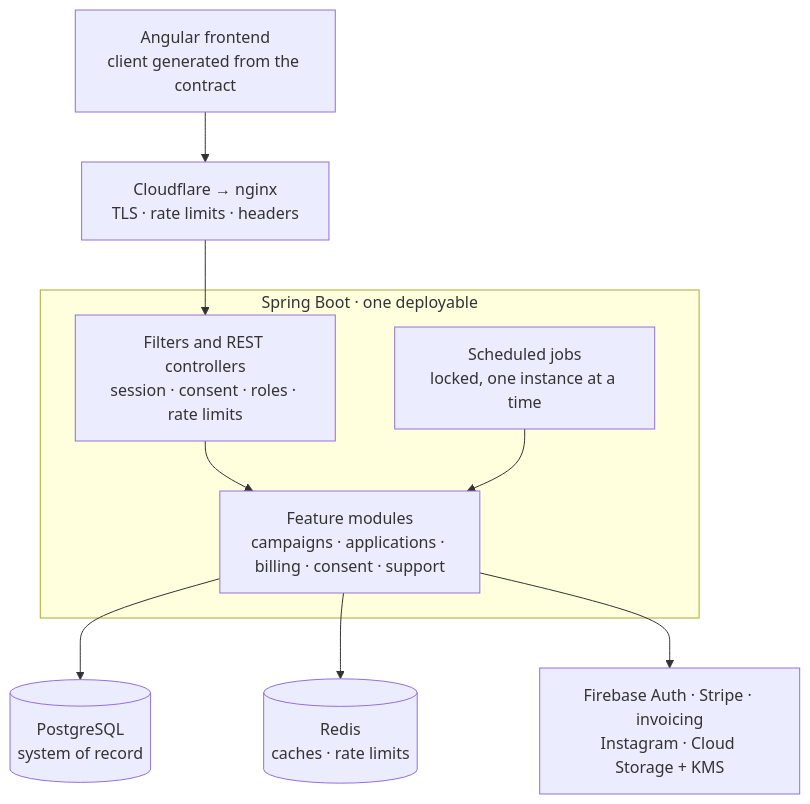
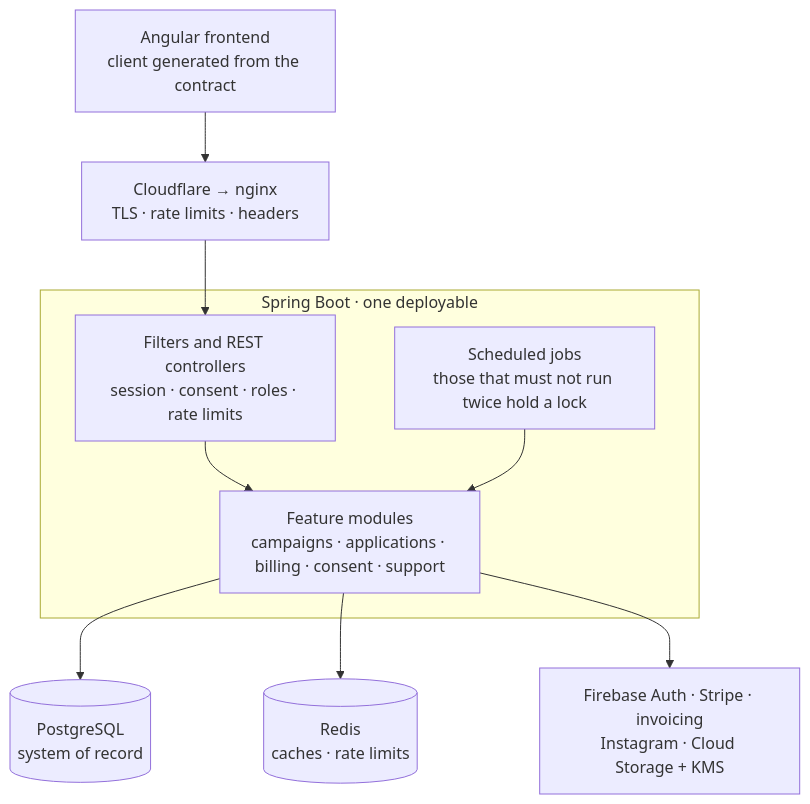
Before and after one commit to Check-It-Out-Dev/checkitout-backend: the diagram in README.md, drawn with Mermaid. The commit also changed other lines of this file and 6 other files, not shown here.

````diff
--- a/README.md
+++ b/README.md
@@ -57,18 +59,18 @@
 ```mermaid
 flowchart TB
     FE["Angular frontend<br/>client generated from the contract"]
     EDGE["Cloudflare → nginx<br/>TLS · rate limits · headers"]
     FE --> EDGE --> API
 
     subgraph APP["Spring Boot · one deployable"]
         API["Filters and REST controllers<br/>session · consent · roles · rate limits"]
-        JOB["Scheduled jobs<br/>locked, one instance at a time"]
+        JOB["Scheduled jobs<br/>those that must not run twice hold a lock"]
         SVC["Feature modules<br/>campaigns · applications · billing · consent · support"]
         API --> SVC
         JOB --> SVC
     end
 
     SVC --> PG[("PostgreSQL<br/>system of record")]
     SVC --> RD[("Redis<br/>caches · rate limits")]
     SVC --> EXT["Firebase Auth · Stripe · invoicing<br/>Instagram · Cloud Storage + KMS"]
 ```
````
